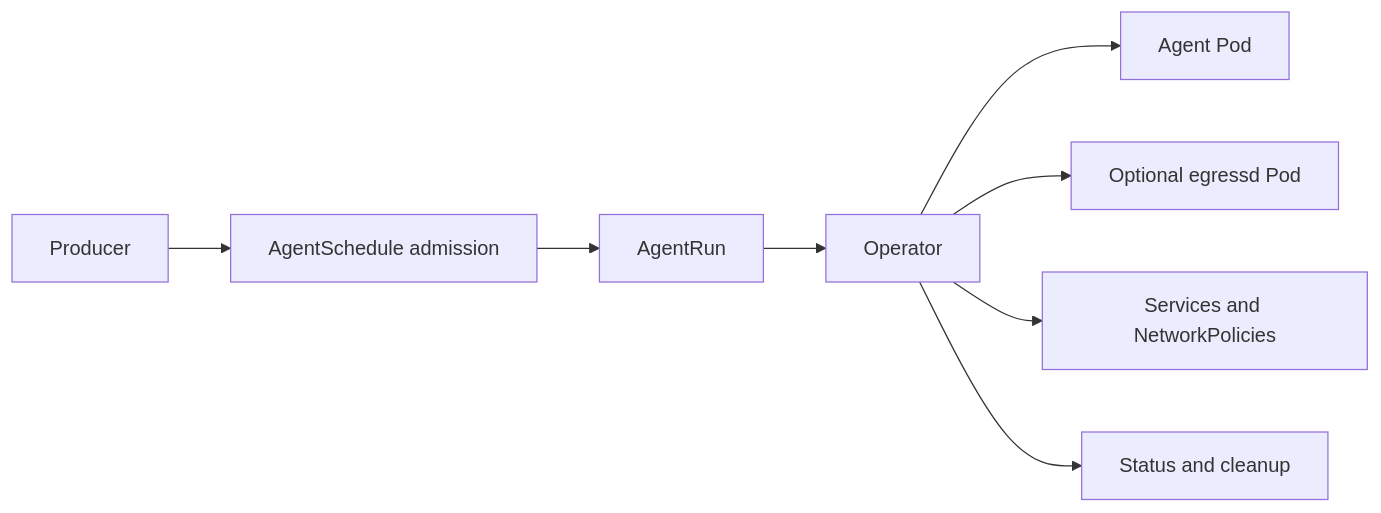
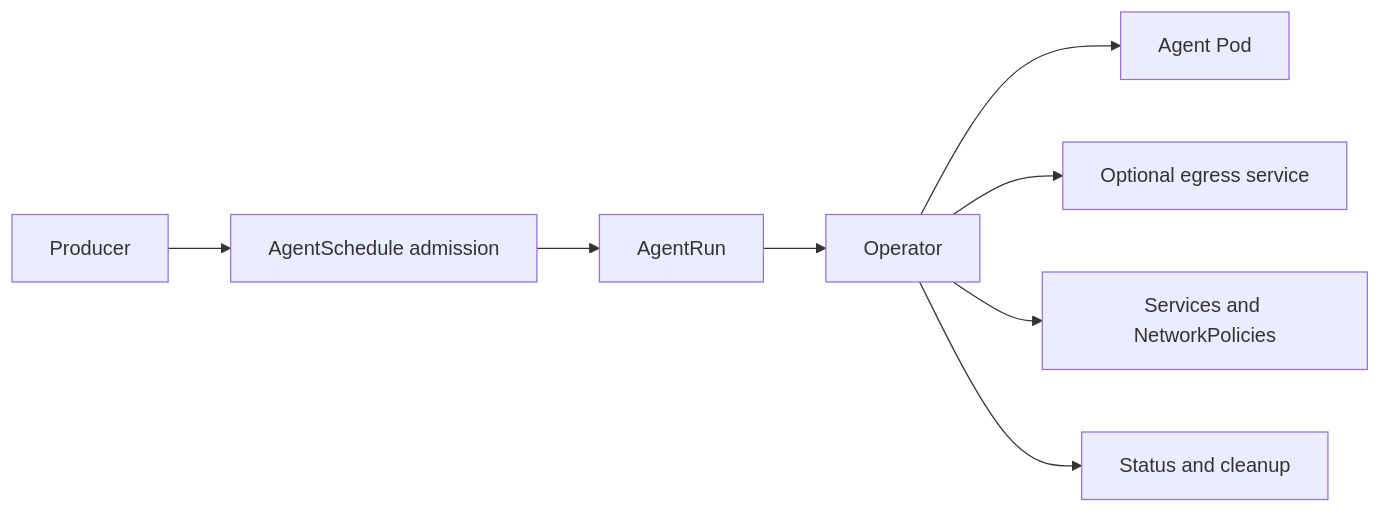
One commit to mirkoSekulic/nvt-agent changed the diagram in operator/README.md. Above: the diagram before and after it, drawn with Mermaid. The commit also changed 27 other files, not shown here.

````diff
--- a/operator/README.md
+++ b/operator/README.md
@@ -17,10 +17,10 @@
 ```mermaid
 flowchart LR
     P[Producer] --> S[AgentSchedule admission]
     S --> R[AgentRun]
     R --> O[Operator]
     O --> A[Agent Pod]
-    O --> E[Optional egressd Pod]
+    O --> E[Optional egress service]
     O --> N[Services and NetworkPolicies]
     O --> X[Status and cleanup]
 ```
````
